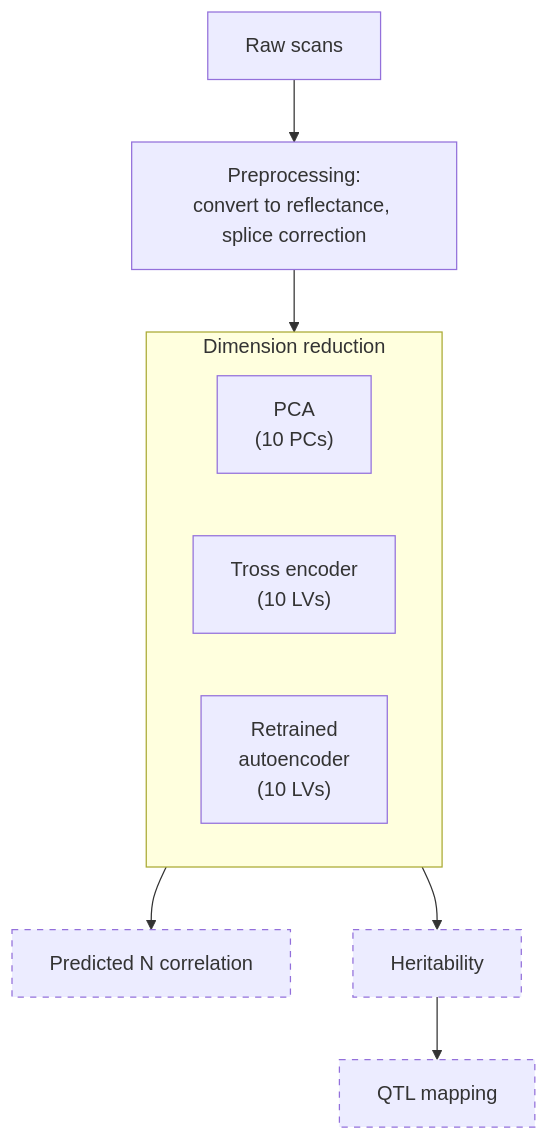
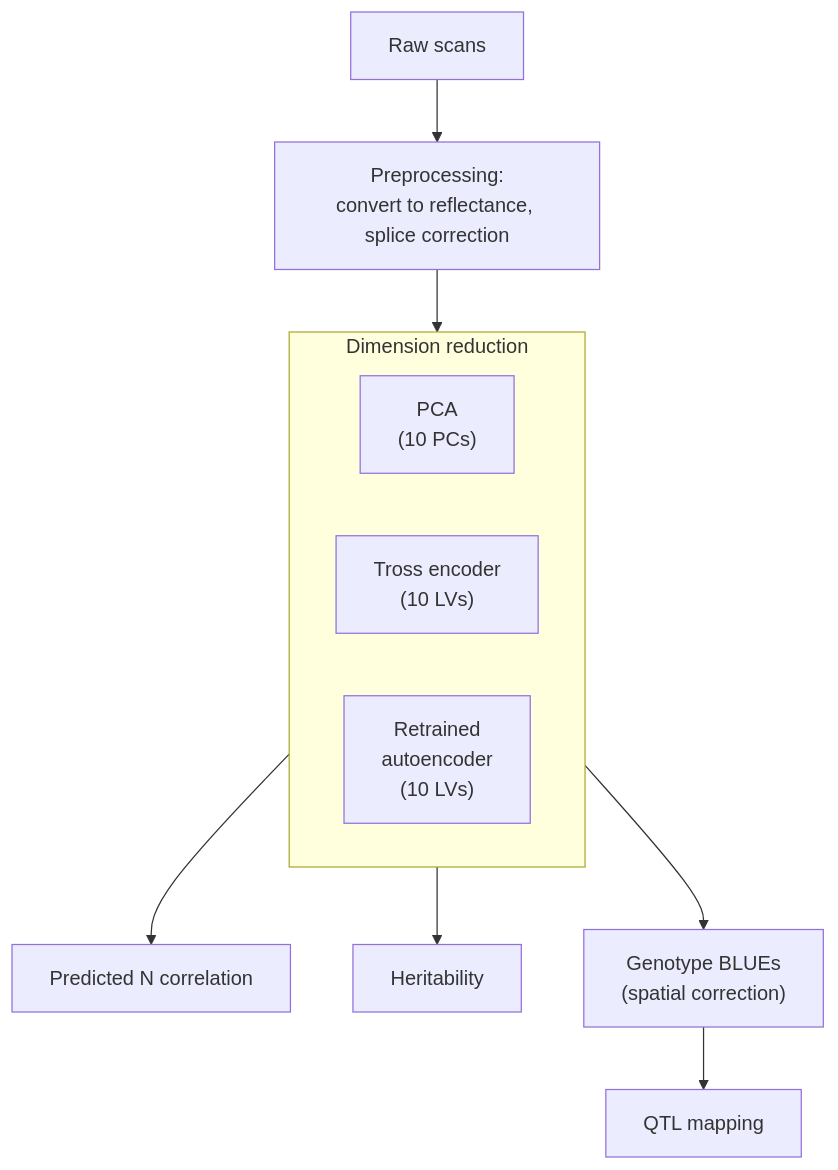
Before and after one commit to HannahPil/HypeSpec: the diagram in README.md, drawn with Mermaid. The commit also changed 1 other file, not shown here.

Commit message:
README flowchart: QTL mapping takes BLUEs, heritability is a separate branch; add spectrum regions figure script

````diff
--- a/README.md
+++ b/README.md
@@ -11,19 +11,17 @@
 ```mermaid
 flowchart TD
     A["Raw scans"] --> B["Preprocessing:<br/>convert to reflectance, splice correction"]
     B --> DR
 
     subgraph DR["Dimension reduction"]
         direction LR
         P["PCA<br/>(10 PCs)"]
         T["Tross encoder<br/>(10 LVs)"]
         R["Retrained<br/>autoencoder<br/>(10 LVs)"]
     end
 
     DR --> G["Predicted N correlation"]
     DR --> H["Heritability"]
-    H --> Q["QTL mapping"]
-
-    classDef planned stroke-dasharray: 5 5
-    class H,Q,G planned
+    DR --> BL["Genotype BLUEs<br/>(spatial correction)"]
+    BL --> Q["QTL mapping"]
 ```
````
